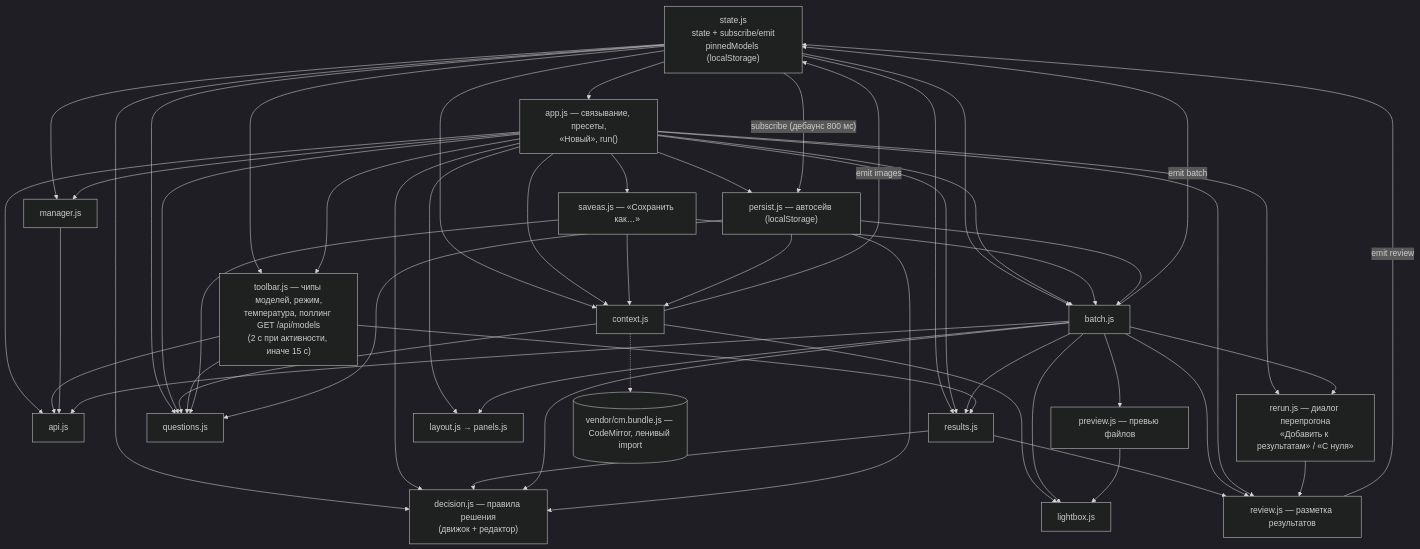
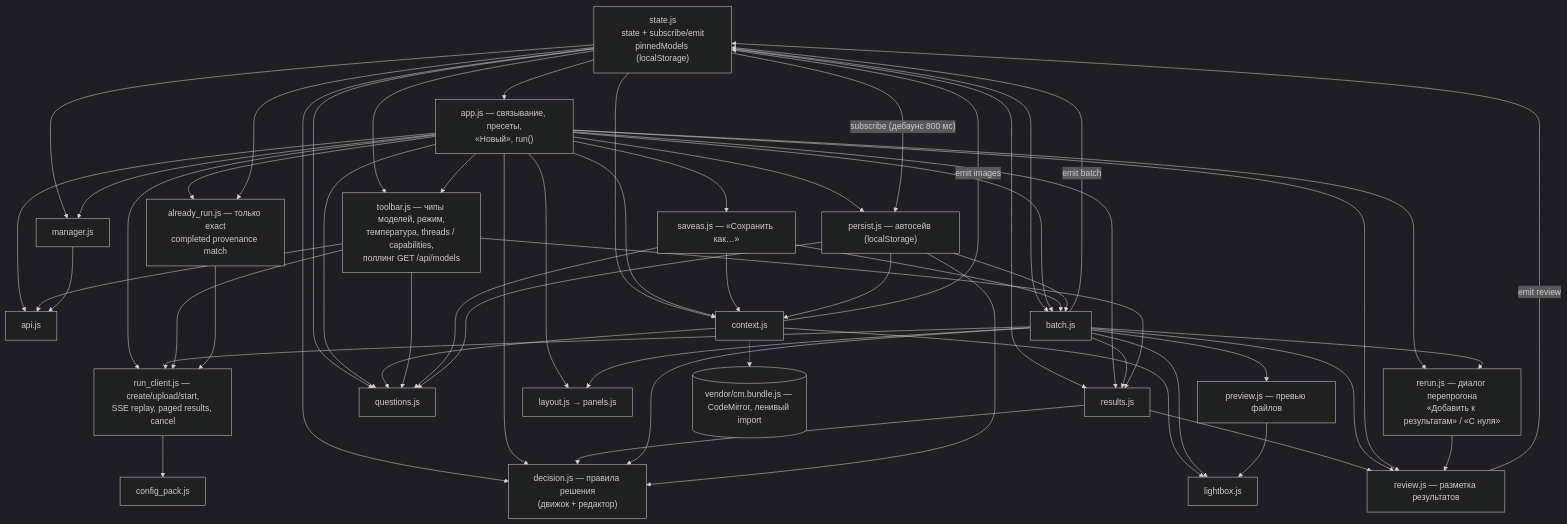
The fourth of 5 diagrams in ARCHITECTURE.md (chkalofff/decision-qa), drawn with Mermaid (dark theme) before and after one commit. The commit also changed other lines of this file and 26 other files, not shown here.

Commit message:
feat: перевести веб-прогоны на общий run API [kimi:kimi-code/k3.1-pro/high]

````diff
--- a/ARCHITECTURE.md
+++ b/ARCHITECTURE.md
@@ -578,73 +629,82 @@
 ```mermaid
 graph TD
     STATE["state.js<br/>state + subscribe/emit<br/>pinnedModels (localStorage)"]
     APIJS[api.js]
     APP["app.js — связывание, пресеты,<br/>«Новый», run()"]
     SAVEAS["saveas.js — «Сохранить как…»"]
     RERUN["rerun.js — диалог перепрогона<br/>«Добавить к результатам» / «С нуля»"]
+    RC["run_client.js — create/upload/start,<br/>SSE replay, paged results, cancel"]
+    AR["already_run.js — только exact<br/>completed provenance match"]
     PERSIST["persist.js — автосейв (localStorage)"]
-    TB["toolbar.js — чипы моделей, режим,<br/>температура, поллинг GET /api/models<br/>(2 с при активности, иначе 15 с)"]
+    TB["toolbar.js — чипы моделей, режим,<br/>температура, threads / capabilities,<br/>поллинг GET /api/models"]
     QM[questions.js]
     DEC["decision.js — правила решения<br/>(движок + редактор)"]
     CTX[context.js]
+    CP[config_pack.js]
     RES[results.js]
     REV[review.js — разметка результатов]
     BATCH[batch.js]
     MGR[manager.js]
     LAY["layout.js → panels.js"]
     LB[lightbox.js]
     PV[preview.js — превью файлов]
     CM[("vendor/cm.bundle.js — CodeMirror, ленивый import")]
 
     STATE --> APP
     STATE --> TB
     STATE --> QM
     STATE --> DEC
     STATE --> CTX
     STATE --> RES
     STATE --> BATCH
     STATE --> MGR
     APP --> APIJS
+    APP --> RC
+    APP --> AR
+    BATCH --> RC
+    TB --> RC
+    RC --> CP
+    AR --> RC
+    STATE --> AR
     TB --> APIJS
     MGR --> APIJS
-    BATCH --> APIJS
     APP --> QM
     APP --> DEC
     APP --> CTX
     APP --> RES
     APP --> BATCH
     APP --> TB
     APP --> LAY
     APP --> MGR
     CTX --> QM
     CTX --> LB
     CTX -.-> CM
     RES --> DEC
     RES --> REV
     BATCH --> RES
     BATCH --> DEC
     BATCH --> LAY
     BATCH --> LB
     BATCH --> PV
     BATCH --> REV
     APP --> REV
     REV -->|"emit review"| STATE
     PV --> LB
     TB --> QM
     TB --> RES
     CTX -->|"emit images"| STATE
     BATCH -->|"emit batch"| STATE
     APP --> SAVEAS
     APP --> PERSIST
     APP --> RERUN
     BATCH --> RERUN
     RERUN --> REV
     SAVEAS --> CTX
     SAVEAS --> QM
     SAVEAS --> BATCH
     PERSIST --> CTX
     PERSIST --> QM
     PERSIST --> DEC
     PERSIST --> BATCH
     STATE -->|"subscribe (дебаунс 800 мс)"| PERSIST
 ```
````
